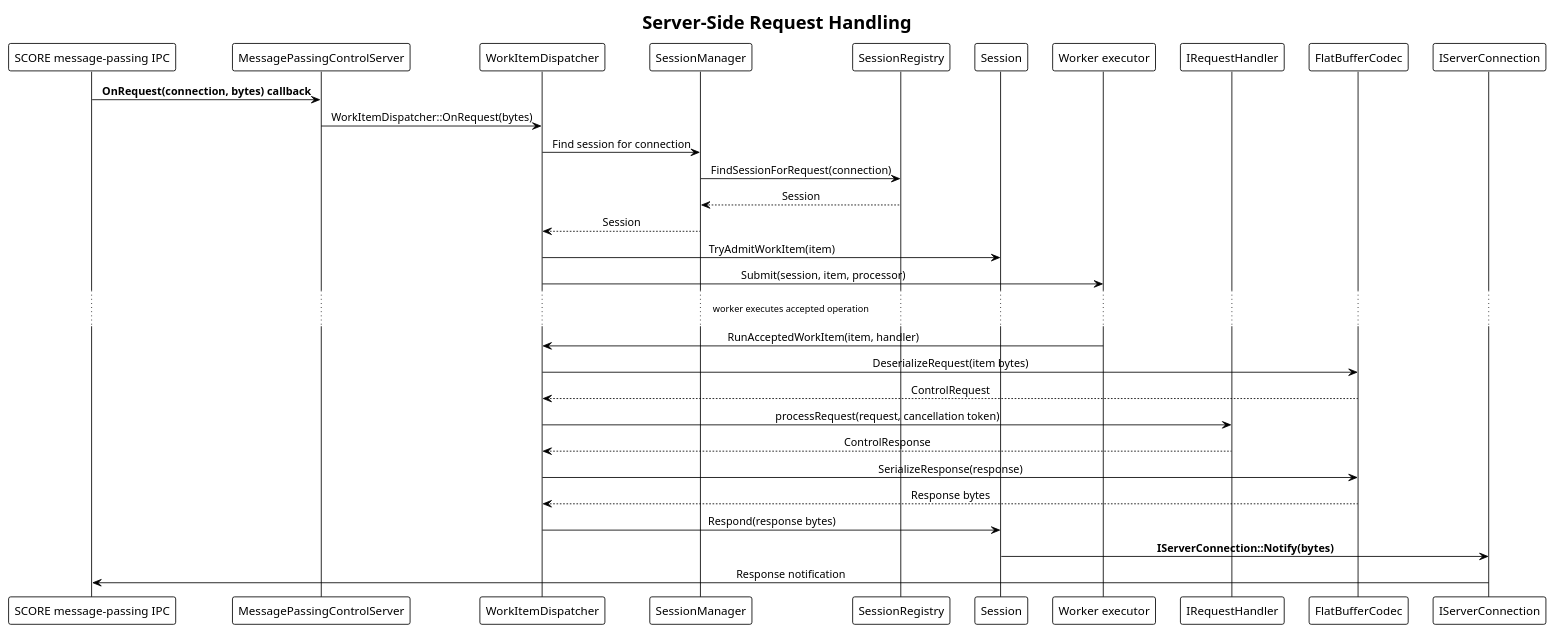
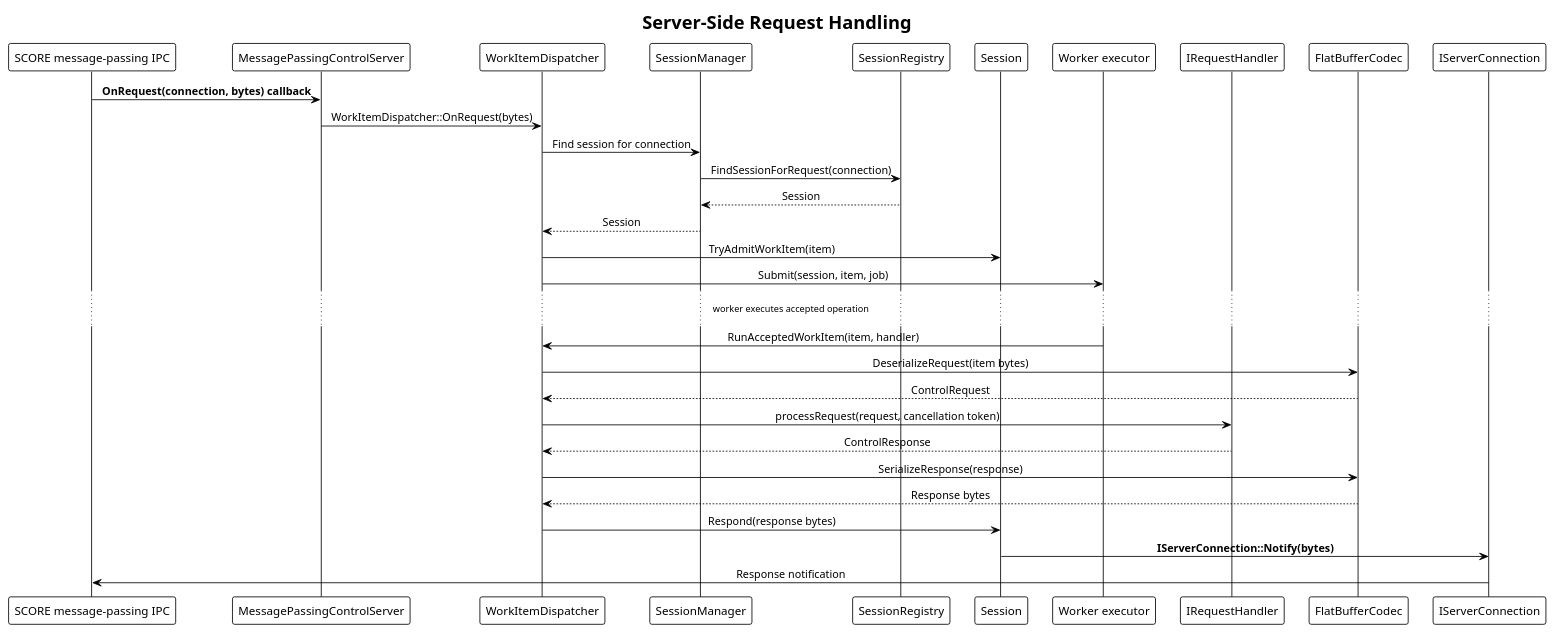
The diagram in score/crypto/src/ipc/message_passing_adapter/docs/detailed_design/message_passing_adapter_overview_server_request_flow.puml (eclipse-score/inc_security_crypto), drawn with PlantUML before and after one commit. The commit also changed 31 other files, not shown here.

```diff
--- a/score/crypto/src/ipc/message_passing_adapter/docs/detailed_design/message_passing_adapter_overview_server_request_flow.puml
+++ b/score/crypto/src/ipc/message_passing_adapter/docs/detailed_design/message_passing_adapter_overview_server_request_flow.puml
@@ -14,41 +14,41 @@
 @startuml message_passing_adapter_server_request_flow
 !theme plain
 skinparam sequenceMessageAlign center
 skinparam shadowing false
 
 title Server-Side Request Handling
 
 participant "SCORE message-passing IPC" as Transport
 participant "MessagePassingControlServer" as Server
 participant "WorkItemDispatcher" as Dispatcher
 participant "SessionManager" as SessionManager
 participant "SessionRegistry" as Registry
 participant "Session" as Session
 participant "Worker executor" as Executor
 participant "IRequestHandler" as Handler
 participant "FlatBufferCodec" as Codec
 participant "IServerConnection" as ServerConnection
 
 Transport -> Server: **OnRequest(connection, bytes) callback**
 Server -> Dispatcher: WorkItemDispatcher::OnRequest(bytes)
 Dispatcher -> SessionManager: Find session for connection
 SessionManager -> Registry: FindSessionForRequest(connection)
 Registry --> SessionManager: Session
 SessionManager --> Dispatcher: Session
 Dispatcher -> Session: TryAdmitWorkItem(item)
-Dispatcher -> Executor: Submit(session, item, processor)
+Dispatcher -> Executor: Submit(session, item, job)
 
 ... worker executes accepted operation ...
 
 Executor -> Dispatcher: RunAcceptedWorkItem(item, handler)
 Dispatcher -> Codec: DeserializeRequest(item bytes)
 Codec --> Dispatcher: ControlRequest
 Dispatcher -> Handler: processRequest(request, cancellation token)
 Handler --> Dispatcher: ControlResponse
 Dispatcher -> Codec: SerializeResponse(response)
 Codec --> Dispatcher: Response bytes
 Dispatcher -> Session: Respond(response bytes)
 Session -> ServerConnection: **IServerConnection::Notify(bytes)**
 ServerConnection -> Transport: Response notification
 
 @enduml
```
